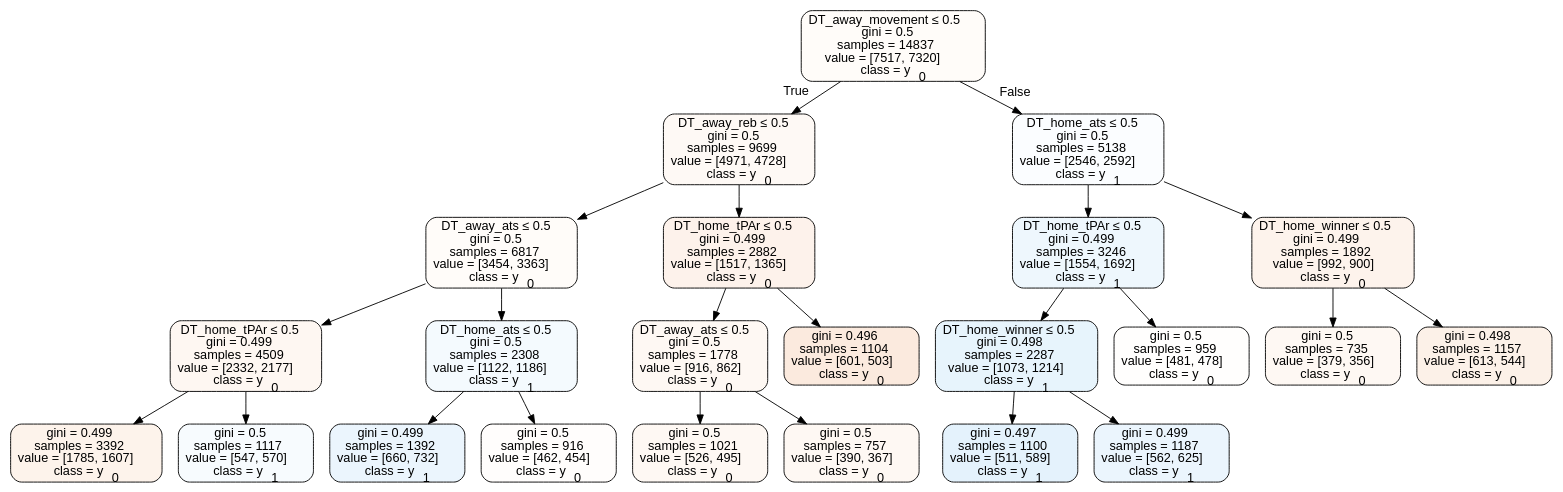
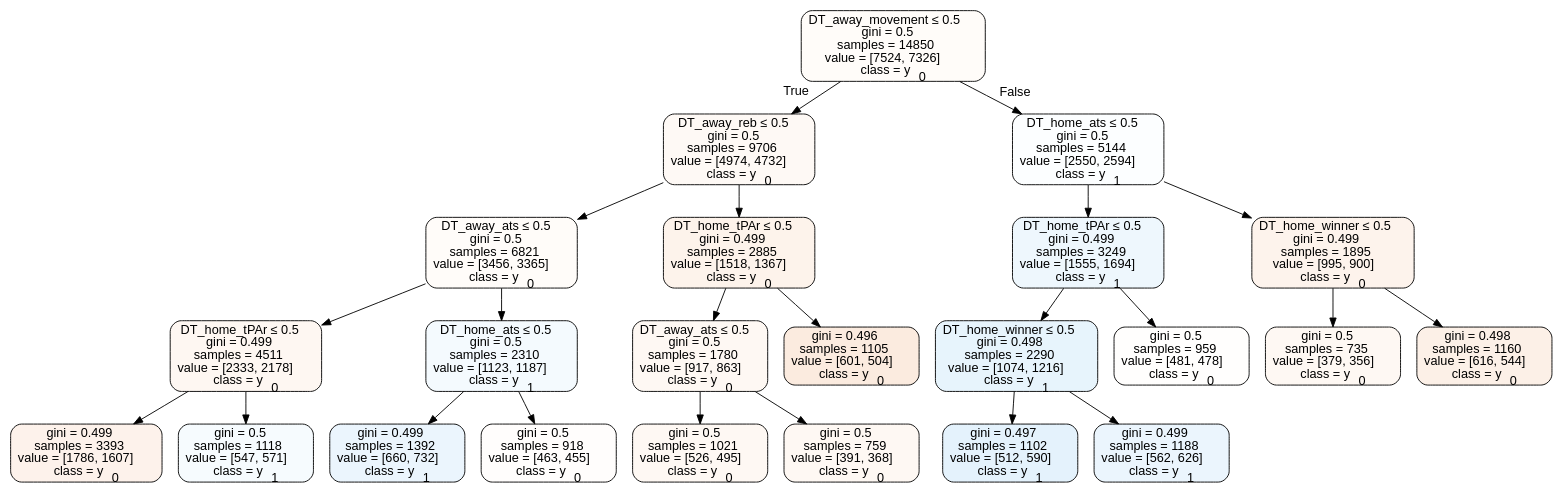
Before and after one commit to usbogie/ncaa-bets: the diagram in Basketball/data/trees/tree2013home.dot, drawn with Graphviz. The commit also changed 9 other files, not shown here.

```diff
--- a/Basketball/data/trees/tree2013home.dot
+++ b/Basketball/data/trees/tree2013home.dot
@@ -1,49 +1,49 @@
 digraph Tree {
 node [shape=box, style="filled, rounded", color="black", fontname=helvetica] ;
 edge [fontname=helvetica] ;
-0 [label=<DT_away_movement &le; 0.5<br/>gini = 0.5<br/>samples = 14837<br/>value = [7517, 7320]<br/>class = y<SUB>0</SUB>>, fillcolor="#e5813907"] ;
-1 [label=<DT_away_reb &le; 0.5<br/>gini = 0.5<br/>samples = 9699<br/>value = [4971, 4728]<br/>class = y<SUB>0</SUB>>, fillcolor="#e581390c"] ;
+0 [label=<DT_away_movement &le; 0.5<br/>gini = 0.5<br/>samples = 14850<br/>value = [7524, 7326]<br/>class = y<SUB>0</SUB>>, fillcolor="#e5813907"] ;
+1 [label=<DT_away_reb &le; 0.5<br/>gini = 0.5<br/>samples = 9706<br/>value = [4974, 4732]<br/>class = y<SUB>0</SUB>>, fillcolor="#e581390c"] ;
 0 -> 1 [labeldistance=2.5, labelangle=45, headlabel="True"] ;
-2 [label=<DT_away_ats &le; 0.5<br/>gini = 0.5<br/>samples = 6817<br/>value = [3454, 3363]<br/>class = y<SUB>0</SUB>>, fillcolor="#e5813907"] ;
+2 [label=<DT_away_ats &le; 0.5<br/>gini = 0.5<br/>samples = 6821<br/>value = [3456, 3365]<br/>class = y<SUB>0</SUB>>, fillcolor="#e5813907"] ;
 1 -> 2 ;
-3 [label=<DT_home_tPAr &le; 0.5<br/>gini = 0.499<br/>samples = 4509<br/>value = [2332, 2177]<br/>class = y<SUB>0</SUB>>, fillcolor="#e5813911"] ;
+3 [label=<DT_home_tPAr &le; 0.5<br/>gini = 0.499<br/>samples = 4511<br/>value = [2333, 2178]<br/>class = y<SUB>0</SUB>>, fillcolor="#e5813911"] ;
 2 -> 3 ;
-4 [label=<gini = 0.499<br/>samples = 3392<br/>value = [1785, 1607]<br/>class = y<SUB>0</SUB>>, fillcolor="#e5813919"] ;
+4 [label=<gini = 0.499<br/>samples = 3393<br/>value = [1786, 1607]<br/>class = y<SUB>0</SUB>>, fillcolor="#e581391a"] ;
 3 -> 4 ;
-5 [label=<gini = 0.5<br/>samples = 1117<br/>value = [547, 570]<br/>class = y<SUB>1</SUB>>, fillcolor="#399de50a"] ;
+5 [label=<gini = 0.5<br/>samples = 1118<br/>value = [547, 571]<br/>class = y<SUB>1</SUB>>, fillcolor="#399de50b"] ;
 3 -> 5 ;
-6 [label=<DT_home_ats &le; 0.5<br/>gini = 0.5<br/>samples = 2308<br/>value = [1122, 1186]<br/>class = y<SUB>1</SUB>>, fillcolor="#399de50e"] ;
+6 [label=<DT_home_ats &le; 0.5<br/>gini = 0.5<br/>samples = 2310<br/>value = [1123, 1187]<br/>class = y<SUB>1</SUB>>, fillcolor="#399de50e"] ;
 2 -> 6 ;
 7 [label=<gini = 0.499<br/>samples = 1392<br/>value = [660, 732]<br/>class = y<SUB>1</SUB>>, fillcolor="#399de519"] ;
 6 -> 7 ;
-8 [label=<gini = 0.5<br/>samples = 916<br/>value = [462, 454]<br/>class = y<SUB>0</SUB>>, fillcolor="#e5813904"] ;
+8 [label=<gini = 0.5<br/>samples = 918<br/>value = [463, 455]<br/>class = y<SUB>0</SUB>>, fillcolor="#e5813904"] ;
 6 -> 8 ;
-9 [label=<DT_home_tPAr &le; 0.5<br/>gini = 0.499<br/>samples = 2882<br/>value = [1517, 1365]<br/>class = y<SUB>0</SUB>>, fillcolor="#e581391a"] ;
+9 [label=<DT_home_tPAr &le; 0.5<br/>gini = 0.499<br/>samples = 2885<br/>value = [1518, 1367]<br/>class = y<SUB>0</SUB>>, fillcolor="#e5813919"] ;
 1 -> 9 ;
-10 [label=<DT_away_ats &le; 0.5<br/>gini = 0.5<br/>samples = 1778<br/>value = [916, 862]<br/>class = y<SUB>0</SUB>>, fillcolor="#e581390f"] ;
+10 [label=<DT_away_ats &le; 0.5<br/>gini = 0.5<br/>samples = 1780<br/>value = [917, 863]<br/>class = y<SUB>0</SUB>>, fillcolor="#e581390f"] ;
 9 -> 10 ;
 11 [label=<gini = 0.5<br/>samples = 1021<br/>value = [526, 495]<br/>class = y<SUB>0</SUB>>, fillcolor="#e581390f"] ;
 10 -> 11 ;
-12 [label=<gini = 0.5<br/>samples = 757<br/>value = [390, 367]<br/>class = y<SUB>0</SUB>>, fillcolor="#e581390f"] ;
+12 [label=<gini = 0.5<br/>samples = 759<br/>value = [391, 368]<br/>class = y<SUB>0</SUB>>, fillcolor="#e581390f"] ;
 10 -> 12 ;
-13 [label=<gini = 0.496<br/>samples = 1104<br/>value = [601, 503]<br/>class = y<SUB>0</SUB>>, fillcolor="#e581392a"] ;
+13 [label=<gini = 0.496<br/>samples = 1105<br/>value = [601, 504]<br/>class = y<SUB>0</SUB>>, fillcolor="#e5813929"] ;
 9 -> 13 ;
-14 [label=<DT_home_ats &le; 0.5<br/>gini = 0.5<br/>samples = 5138<br/>value = [2546, 2592]<br/>class = y<SUB>1</SUB>>, fillcolor="#399de505"] ;
+14 [label=<DT_home_ats &le; 0.5<br/>gini = 0.5<br/>samples = 5144<br/>value = [2550, 2594]<br/>class = y<SUB>1</SUB>>, fillcolor="#399de504"] ;
 0 -> 14 [labeldistance=2.5, labelangle=-45, headlabel="False"] ;
-15 [label=<DT_home_tPAr &le; 0.5<br/>gini = 0.499<br/>samples = 3246<br/>value = [1554, 1692]<br/>class = y<SUB>1</SUB>>, fillcolor="#399de515"] ;
+15 [label=<DT_home_tPAr &le; 0.5<br/>gini = 0.499<br/>samples = 3249<br/>value = [1555, 1694]<br/>class = y<SUB>1</SUB>>, fillcolor="#399de515"] ;
 14 -> 15 ;
-16 [label=<DT_home_winner &le; 0.5<br/>gini = 0.498<br/>samples = 2287<br/>value = [1073, 1214]<br/>class = y<SUB>1</SUB>>, fillcolor="#399de51e"] ;
+16 [label=<DT_home_winner &le; 0.5<br/>gini = 0.498<br/>samples = 2290<br/>value = [1074, 1216]<br/>class = y<SUB>1</SUB>>, fillcolor="#399de51e"] ;
 15 -> 16 ;
-17 [label=<gini = 0.497<br/>samples = 1100<br/>value = [511, 589]<br/>class = y<SUB>1</SUB>>, fillcolor="#399de522"] ;
+17 [label=<gini = 0.497<br/>samples = 1102<br/>value = [512, 590]<br/>class = y<SUB>1</SUB>>, fillcolor="#399de522"] ;
 16 -> 17 ;
-18 [label=<gini = 0.499<br/>samples = 1187<br/>value = [562, 625]<br/>class = y<SUB>1</SUB>>, fillcolor="#399de51a"] ;
+18 [label=<gini = 0.499<br/>samples = 1188<br/>value = [562, 626]<br/>class = y<SUB>1</SUB>>, fillcolor="#399de51a"] ;
 16 -> 18 ;
 19 [label=<gini = 0.5<br/>samples = 959<br/>value = [481, 478]<br/>class = y<SUB>0</SUB>>, fillcolor="#e5813902"] ;
 15 -> 19 ;
-20 [label=<DT_home_winner &le; 0.5<br/>gini = 0.499<br/>samples = 1892<br/>value = [992, 900]<br/>class = y<SUB>0</SUB>>, fillcolor="#e5813918"] ;
+20 [label=<DT_home_winner &le; 0.5<br/>gini = 0.499<br/>samples = 1895<br/>value = [995, 900]<br/>class = y<SUB>0</SUB>>, fillcolor="#e5813918"] ;
 14 -> 20 ;
 21 [label=<gini = 0.5<br/>samples = 735<br/>value = [379, 356]<br/>class = y<SUB>0</SUB>>, fillcolor="#e581390f"] ;
 20 -> 21 ;
-22 [label=<gini = 0.498<br/>samples = 1157<br/>value = [613, 544]<br/>class = y<SUB>0</SUB>>, fillcolor="#e581391d"] ;
+22 [label=<gini = 0.498<br/>samples = 1160<br/>value = [616, 544]<br/>class = y<SUB>0</SUB>>, fillcolor="#e581391e"] ;
 20 -> 22 ;
 }
```
